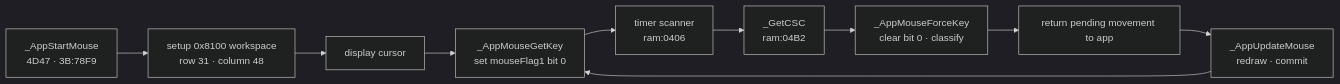
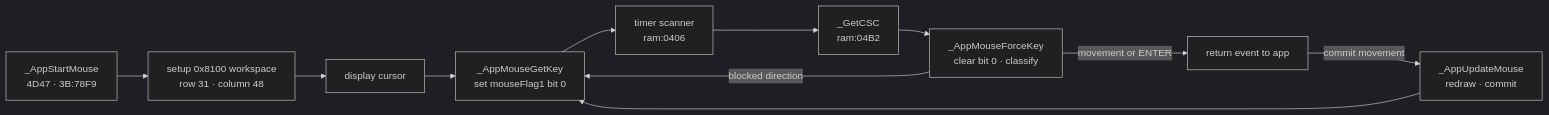
The second of 2 diagrams in docs/keypad-on-hardware.md (siraben/ti84p-re), drawn with Mermaid (dark theme) before and after one commit. The commit also changed 10 other files, not shown here.

Commit message:
Correct the algorithms and data flow shown in the wiki diagrams

````diff
--- a/docs/keypad-on-hardware.md
+++ b/docs/keypad-on-hardware.md
@@ -128,12 +128,13 @@
 ```mermaid
 flowchart LR
     START["_AppStartMouse<br/>4D47 · 3B:78F9"] --> SETUP["setup 0x8100 workspace<br/>row 31 · column 48"]
     SETUP --> DISP["display cursor"]
     DISP --> WAIT["_AppMouseGetKey<br/>set mouseFlag1 bit 0"]
     WAIT --> SCAN["timer scanner<br/>ram:0406"]
     SCAN --> CSC["_GetCSC<br/>ram:04B2"]
     CSC --> FORCE["_AppMouseForceKey<br/>clear bit 0 · classify"]
-    FORCE --> APP["return pending movement to app"]
-    APP --> UPDATE["_AppUpdateMouse<br/>redraw · commit"]
+    FORCE -->|blocked direction| WAIT
+    FORCE -->|movement or ENTER| APP["return event to app"]
+    APP -->|commit movement| UPDATE["_AppUpdateMouse<br/>redraw · commit"]
     UPDATE --> WAIT
 ```
````
